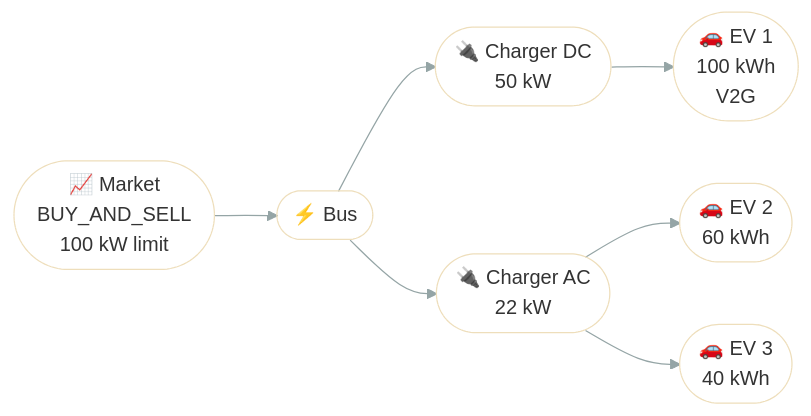
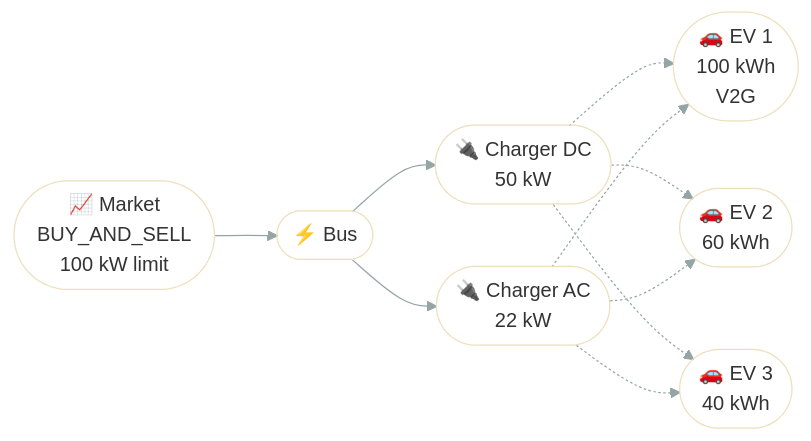
The diagram in docs/examples/ev_fleet_optimization.md (ramirocrc/odys), drawn with Mermaid before and after one commit. The commit also changed other lines of this file and 28 other files, not shown here.

````diff
--- a/docs/examples/ev_fleet_optimization.md
+++ b/docs/examples/ev_fleet_optimization.md
@@ -17,17 +17,20 @@
 ```mermaid
 %%{init: {"theme": "base", "themeVariables": {"lineColor": "#95A5A6"}}}%%
 flowchart LR
     Market(["📈 Market<br/>BUY_AND_SELL<br/>100 kW limit"]) --> Bus(["⚡ Bus"])
     Bus --> Charger1(["🔌 Charger DC<br/>50 kW"])
     Bus --> Charger2(["🔌 Charger AC<br/>22 kW"])
-    Charger1 --> EV1(["🚗 EV 1<br/>100 kWh<br/>V2G"])
-    Charger2 --> EV2(["🚗 EV 2<br/>60 kWh"])
-    Charger2 --> EV3(["🚗 EV 3<br/>40 kWh"])
+    Charger1 -.-> EV1(["🚗 EV 1<br/>100 kWh<br/>V2G"])
+    Charger1 -.-> EV2(["🚗 EV 2<br/>60 kWh"])
+    Charger1 -.-> EV3(["🚗 EV 3<br/>40 kWh"])
+    Charger2 -.-> EV1
+    Charger2 -.-> EV2
+    Charger2 -.-> EV3
     style Market fill:none
     style Bus fill:none
     style Charger1 fill:none
     style Charger2 fill:none
     style EV1 fill:none
     style EV2 fill:none
     style EV3 fill:none
 ```
````
